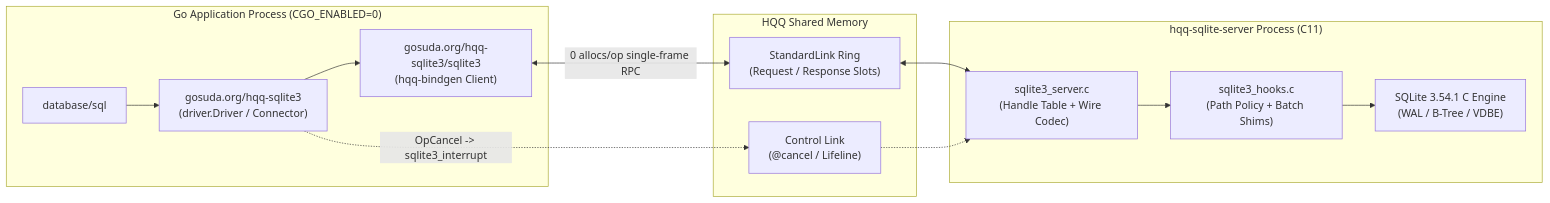
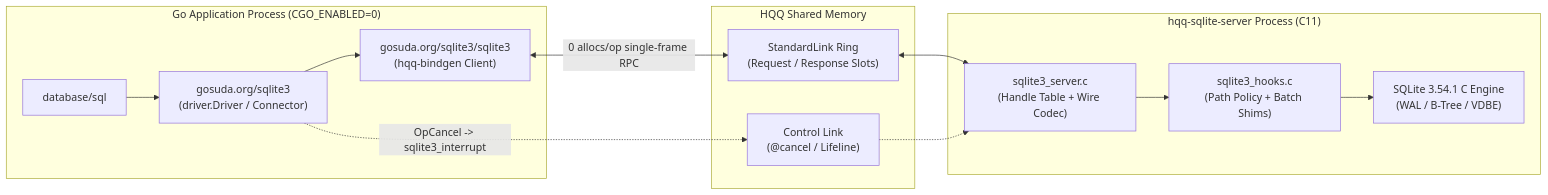
One commit to gosuda/hqq-sqlite3 changed the diagram in docs/ARCHITECTURE.md. Above: the diagram before and after it, drawn with Mermaid. The commit also changed other lines of this file and 50 other files, not shown here.

Commit message:
Rename module path to gosuda.org/sqlite3 and bump to v0.2.3540100

````diff
--- a/docs/ARCHITECTURE.md
+++ b/docs/ARCHITECTURE.md
@@ -11,22 +11,22 @@
 ```mermaid
 flowchart LR
     subgraph Go["Go Application Process (CGO_ENABLED=0)"]
-        SQL["database/sql"] --> DRV["gosuda.org/hqq-sqlite3\n(driver.Driver / Connector)"]
-        DRV --> CLI["gosuda.org/hqq-sqlite3/sqlite3\n(hqq-bindgen Client)"]
+        SQL["database/sql"] --> DRV["gosuda.org/sqlite3\n(driver.Driver / Connector)"]
+        DRV --> CLI["gosuda.org/sqlite3/sqlite3\n(hqq-bindgen Client)"]
     end
 
     subgraph SHM["HQQ Shared Memory"]
         RING["StandardLink Ring\n(Request / Response Slots)"]
         CTRL["Control Link\n(@cancel / Lifeline)"]
     end
 
     subgraph CSrv["hqq-sqlite-server Process (C11)"]
         DISP["sqlite3_server.c\n(Handle Table + Wire Codec)"]
         HOOK["sqlite3_hooks.c\n(Path Policy + Batch Shims)"]
         ENG["SQLite 3.54.1 C Engine\n(WAL / B-Tree / VDBE)"]
         DISP --> HOOK --> ENG
     end
 
     CLI <-->|"0 allocs/op single-frame RPC"| RING <--> DISP
     DRV -.->|"OpCancel -> sqlite3_interrupt"| CTRL -.-> DISP
 ```
````
